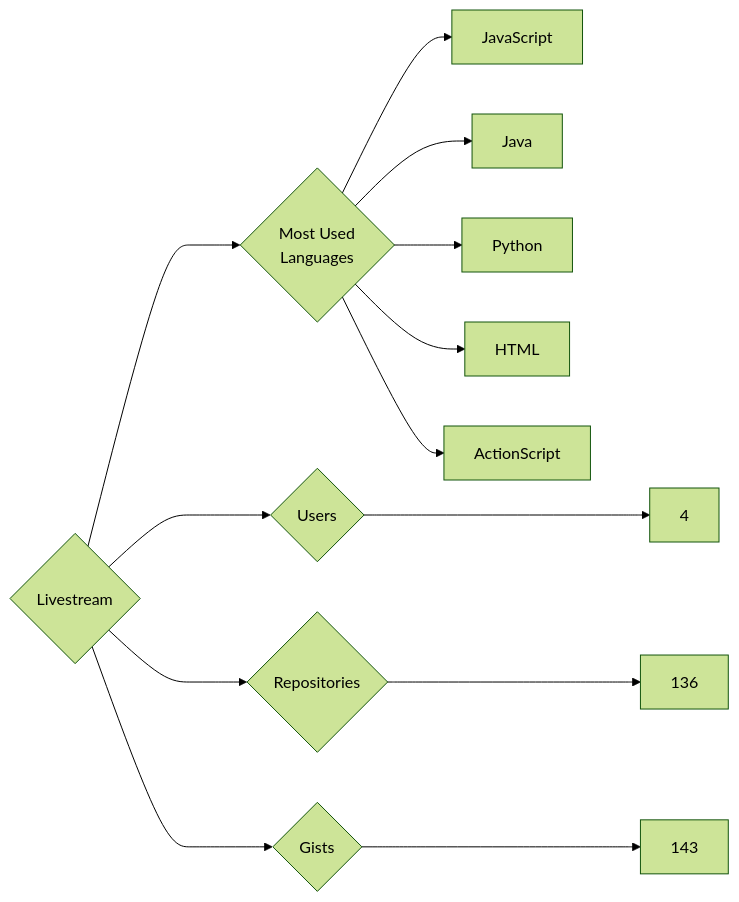
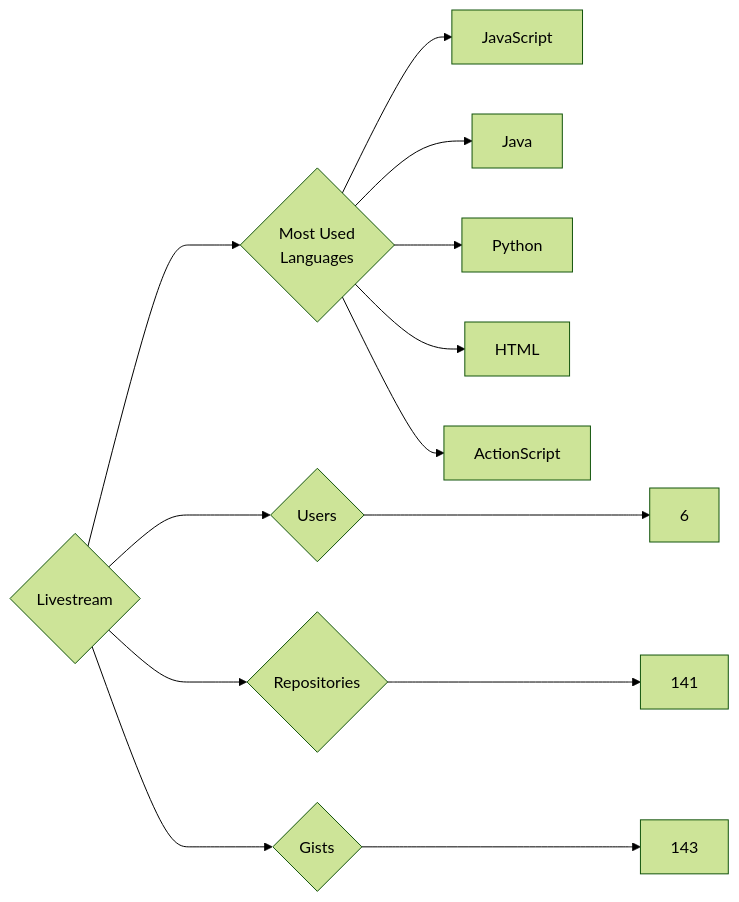
One commit to trickest/insiders changed the diagram in targets/Livestream/README.md. Above: the diagram before and after it, drawn with Mermaid (forest theme). The commit also changed 871 other files, not shown here.

````diff
--- a/targets/Livestream/README.md
+++ b/targets/Livestream/README.md
@@ -3,13 +3,13 @@
 ```mermaid
 graph LR
 COMPANY_NAME{Livestream}
-COMPANY_NAME ---> U{Users} ---> UN[4]
-COMPANY_NAME ---> R{Repositories} ---> RN[136]
+COMPANY_NAME ---> U{Users} ---> UN[6]
+COMPANY_NAME ---> R{Repositories} ---> RN[141]
 COMPANY_NAME ---> G{Gists} ---> GN[143]
 COMPANY_NAME ---> ML{Most Used<br>Languages}
 ML --> JavaScript[JavaScript]
 ML --> Java[Java]
 ML --> Python[Python]
 ML --> HTML[HTML]
 ML --> ActionScript[ActionScript]
 ```
````
